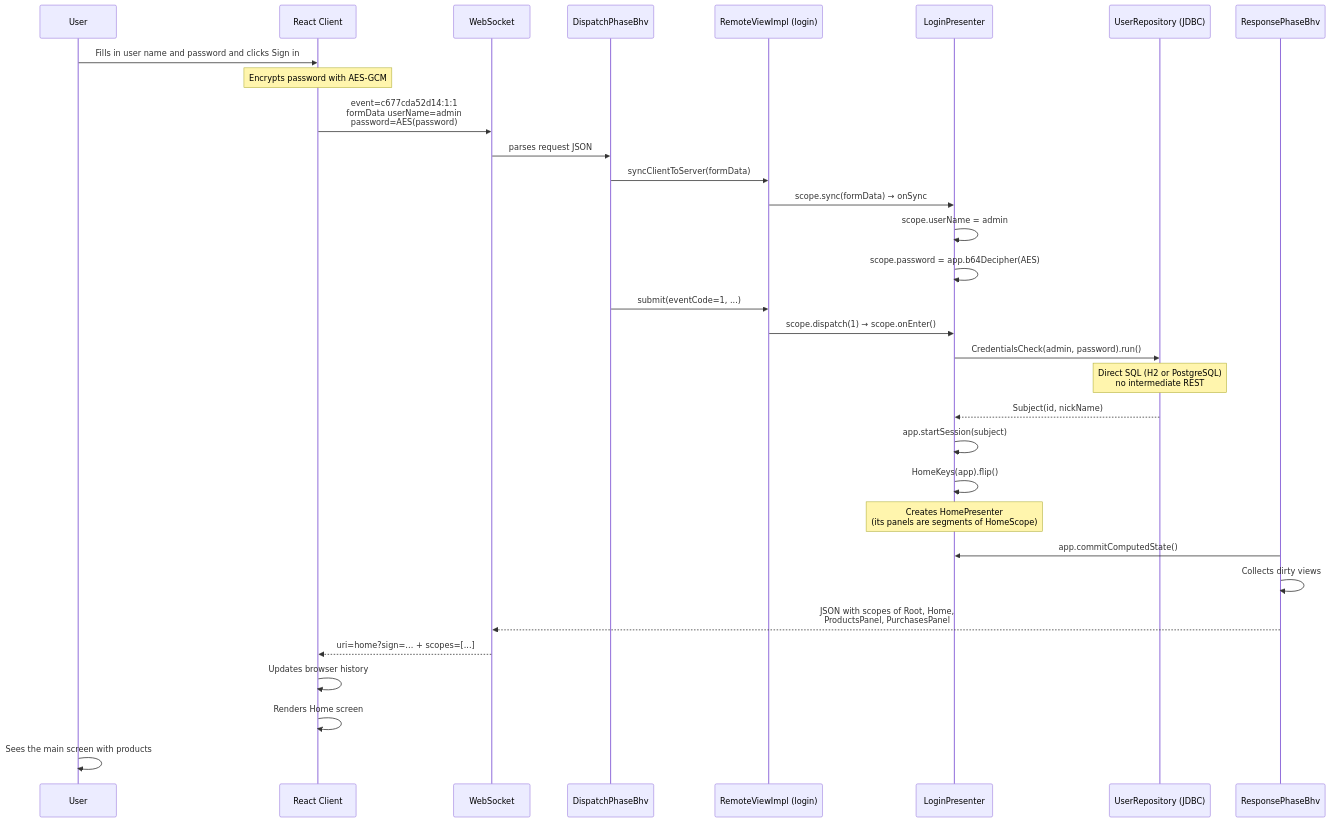
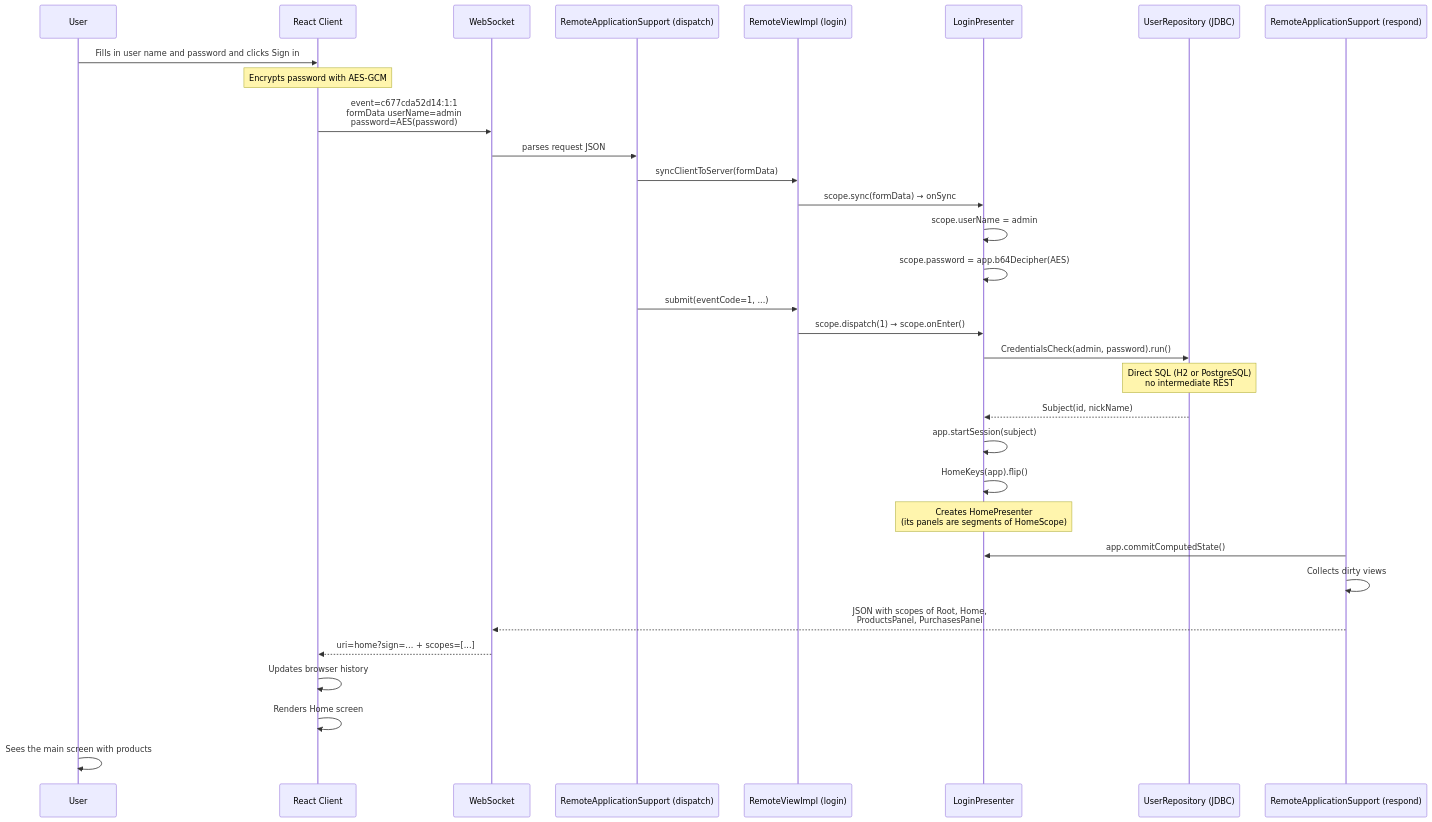
The ninth of 9 diagrams in docs/architecture-react.md (mrcdom/wdc-cube-kotlin), drawn with Mermaid before and after one commit. The commit also changed other lines of this file and 38 other files, not shown here.

````diff
--- a/docs/architecture-react.md
+++ b/docs/architecture-react.md
@@ -518,47 +521,47 @@
 ```mermaid
 sequenceDiagram
     participant User as User
     participant React as React Client
     participant WS as WebSocket
-    participant Disp as DispatchPhaseBhv
+    participant Disp as RemoteApplicationSupport (dispatch)
     participant LView as RemoteViewImpl (login)
     participant LPres as LoginPresenter
     participant URepo as UserRepository (JDBC)
-    participant Resp as ResponsePhaseBhv
+    participant Resp as RemoteApplicationSupport (respond)
 
     User->>React: Fills in user name and password and clicks Sign in
 
     Note over React: Encrypts password with AES-GCM
 
     React->>WS: event=c677cda52d14:1:1<br/>formData userName=admin<br/>password=AES(password)
 
     WS->>Disp: parses request JSON
 
     Disp->>LView: syncClientToServer(formData)
     LView->>LPres: scope.sync(formData) → onSync
     LPres->>LPres: scope.userName = admin
     LPres->>LPres: scope.password = app.b64Decipher(AES)
 
     Disp->>LView: submit(eventCode=1, ...)
     LView->>LPres: scope.dispatch(1) → scope.onEnter()
 
     LPres->>URepo: CredentialsCheck(admin, password).run()
     Note over URepo: Direct SQL (H2 or PostgreSQL)<br/>no intermediate REST
     URepo-->>LPres: Subject(id, nickName)
 
     LPres->>LPres: app.startSession(subject)
     LPres->>LPres: HomeKeys(app).flip()
 
     Note over LPres: Creates HomePresenter<br/>(its panels are segments of HomeScope)
 
     Resp->>LPres: app.commitComputedState()
     Resp->>Resp: Collects dirty views
 
     Resp-->>WS: JSON with scopes of Root, Home,<br/>ProductsPanel, PurchasesPanel
 
     WS-->>React: uri=home?sign=… + scopes=[...]
     React->>React: Updates browser history
     React->>React: Renders Home screen
 
     User->>User: Sees the main screen with products
 ```
````
